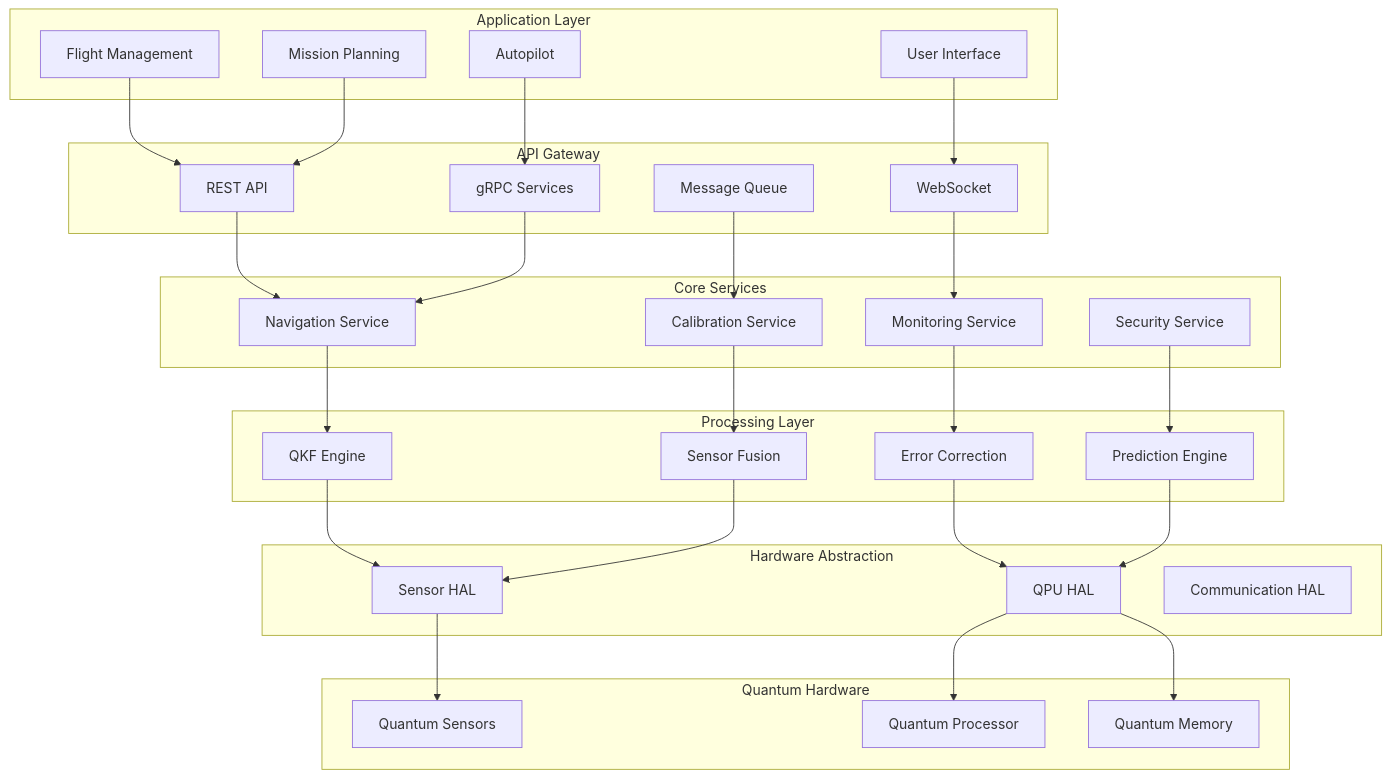
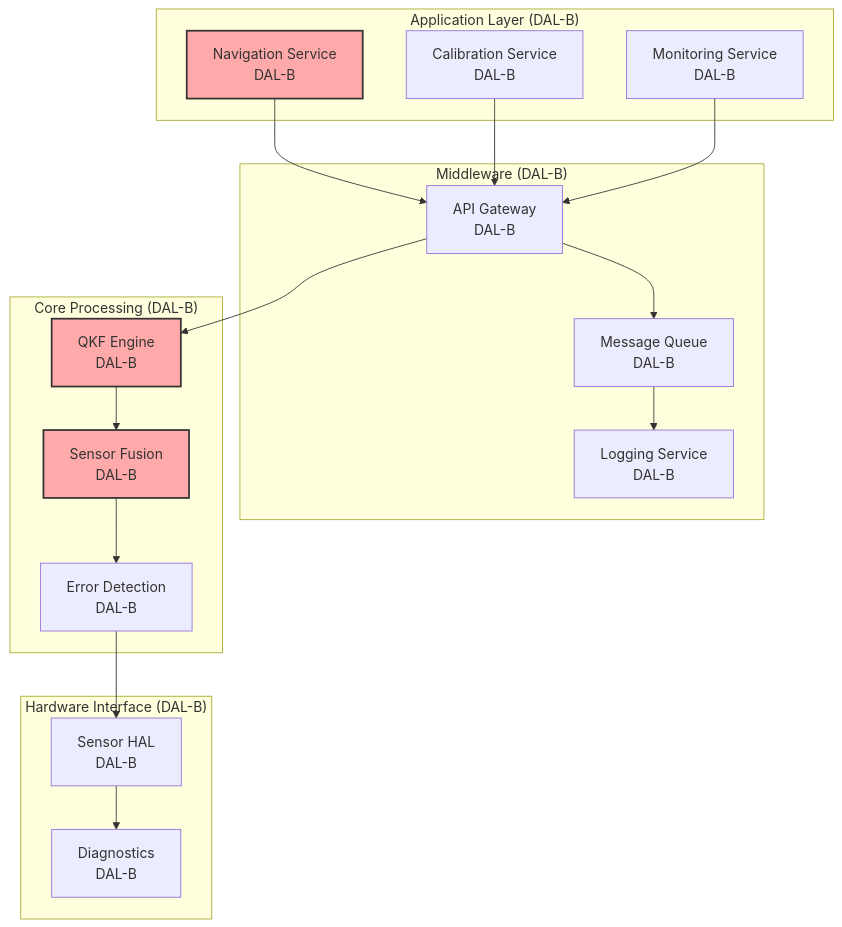
Before and after one commit to Robbbo-T/A-Q-U-A_V: the seventh of 33 diagrams in PRODUCT_LINES/QUANTUM/QUANTUM_SOFTWARE/DESIGN/QNS_NAVIGATION/DES_SOFTWARE_DEV/QUA-QNS01-25SVD0001-DES-BOB-ORG-TD-ATA-000-00-01-TPL-DOC-001-QCOM-v1.1.0 .md, drawn with Mermaid. The commit also changed other lines of this file, not shown here.

````diff
--- a/PRODUCT_LINES/QUANTUM/QUANTUM_SOFTWARE/DESIGN/QNS_NAVIGATION/DES_SOFTWARE_DEV/QUA-QNS01-25SVD0001-DES-BOB-ORG-TD-ATA-000-00-01-TPL-DOC-001-QCOM-v1.1.0 .md
+++ b/PRODUCT_LINES/QUANTUM/QUANTUM_SOFTWARE/DESIGN/QNS_NAVIGATION/DES_SOFTWARE_DEV/QUA-QNS01-25SVD0001-DES-BOB-ORG-TD-ATA-000-00-01-TPL-DOC-001-QCOM-v1.1.0 .md
@@ -477,66 +295,42 @@
 ```mermaid
 graph TB
-    subgraph "Application Layer"
-        FMS[Flight Management]
-        AP[Autopilot]
-        MP[Mission Planning]
-        UI[User Interface]
+    subgraph "Application Layer (DAL-B)"
+        NAV[Navigation Service<br/>DAL-B]
+        CAL[Calibration Service<br/>DAL-B]
+        MON[Monitoring Service<br/>DAL-B]
     end
     
-    subgraph "API Gateway"
-        REST[REST API]
-        GRPC[gRPC Services]
-        WS[WebSocket]
-        MSG[Message Queue]
+    subgraph "Middleware (DAL-B)"
+        API[API Gateway<br/>DAL-B]
+        MSG[Message Queue<br/>DAL-B]
+        LOG[Logging Service<br/>DAL-B]
     end
     
-    subgraph "Core Services"
-        NS[Navigation Service]
-        CS[Calibration Service]
-        MS[Monitoring Service]
-        SS[Security Service]
+    subgraph "Core Processing (DAL-B)"
+        QKF[QKF Engine<br/>DAL-B]
+        FUSION[Sensor Fusion<br/>DAL-B]
+        ERROR[Error Detection<br/>DAL-B]
     end
     
-    subgraph "Processing Layer"
-        QKF[QKF Engine]
-        FUSION[Sensor Fusion]
-        ERROR[Error Correction]
-        PRED[Prediction Engine]
+    subgraph "Hardware Interface (DAL-B)"
+        HAL[Sensor HAL<br/>DAL-B]
+        DIAG[Diagnostics<br/>DAL-B]
     end
     
-    subgraph "Hardware Abstraction"
-        HAL[Sensor HAL]
-        QPU_HAL[QPU HAL]
-        COMM[Communication HAL]
-    end
+    NAV --> API
+    CAL --> API
+    MON --> API
     
-    subgraph "Quantum Hardware"
-        QSENS[Quantum Sensors]
-        QPROC[Quantum Processor]
-        QMEM[Quantum Memory]
-    end
+    API --> QKF
+    API --> MSG
+    MSG --> LOG
     
-    FMS --> REST
-    AP --> GRPC
-    MP --> REST
-    UI --> WS
+    QKF --> FUSION
+    FUSION --> ERROR
+    ERROR --> HAL
+    HAL --> DIAG
     
-    REST --> NS
-    GRPC --> NS
-    WS --> MS
-    MSG --> CS
-    
-    NS --> QKF
-    CS --> FUSION
-    MS --> ERROR
-    SS --> PRED
-    
-    QKF --> HAL
-    FUSION --> HAL
-    ERROR --> QPU_HAL
-    PRED --> QPU_HAL
-    
-    HAL --> QSENS
-    QPU_HAL --> QPROC
-    QPU_HAL --> QMEM
+    style NAV fill:#faa,stroke:#333,stroke-width:2px
+    style QKF fill:#faa,stroke:#333,stroke-width:2px
+    style FUSION fill:#faa,stroke:#333,stroke-width:2px
 ```
````
